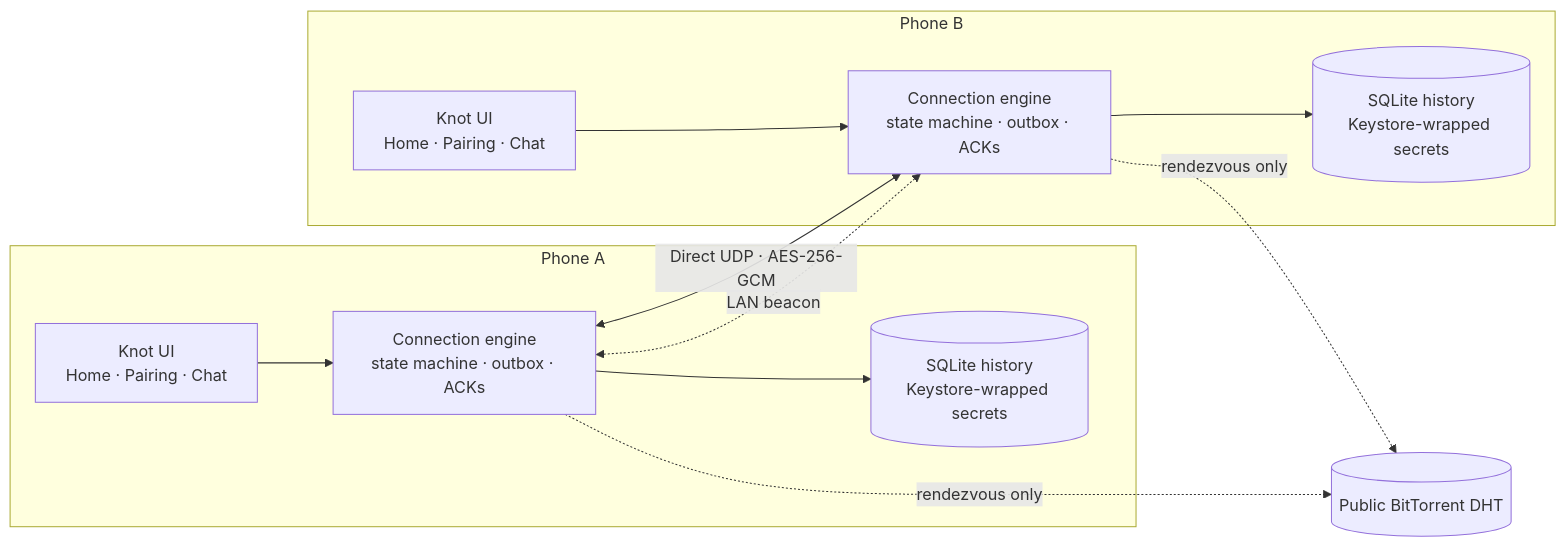
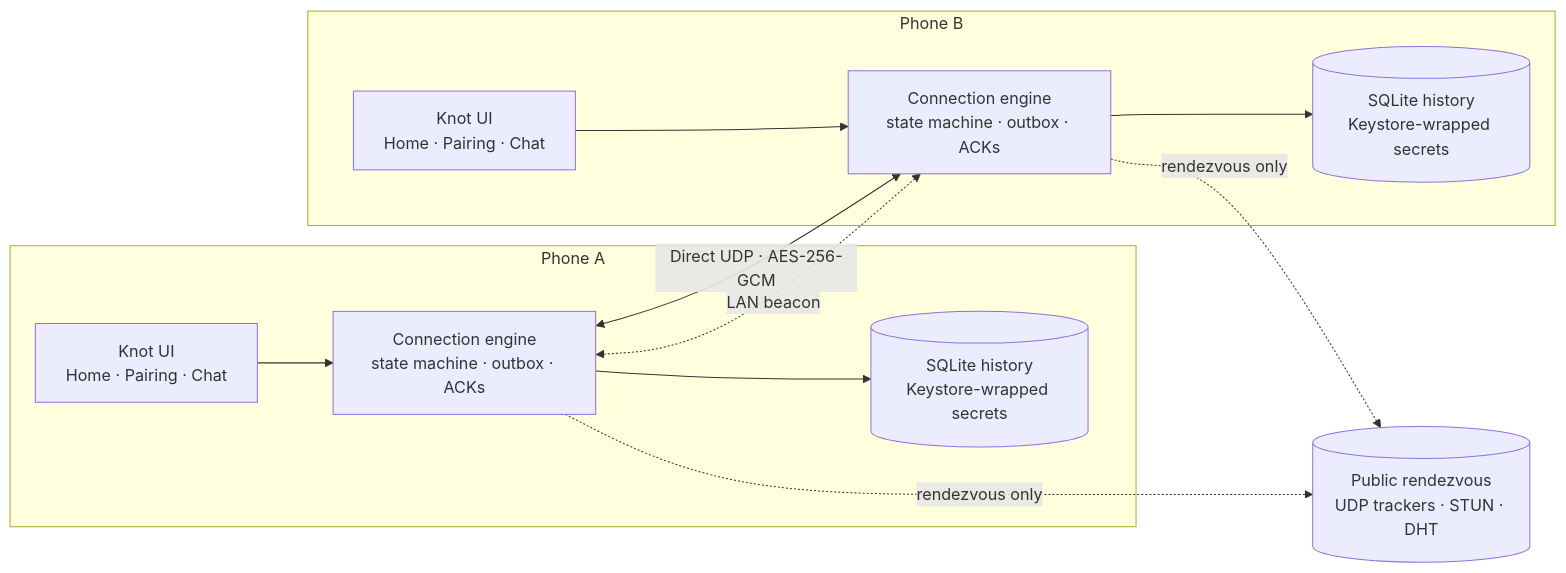
Before and after one commit to farokh-ra/KNOT: the diagram in README.md, drawn with Mermaid. The commit also changed other lines of this file and 18 other files, not shown here.

First line of the commit message:
fix: connect through carrier NAT with tracker and STUN rendezvous

````diff
--- a/README.md
+++ b/README.md
@@ -128,23 +138,23 @@
 ```mermaid
 flowchart LR
     subgraph A["Phone A"]
         AUI["Knot UI<br/>Home · Pairing · Chat"]
         AENG["Connection engine<br/>state machine · outbox · ACKs"]
         ASTORE[("SQLite history<br/>Keystore-wrapped secrets")]
         AUI --> AENG
         AENG --> ASTORE
     end
 
     subgraph B["Phone B"]
         BUI["Knot UI<br/>Home · Pairing · Chat"]
         BENG["Connection engine<br/>state machine · outbox · ACKs"]
         BSTORE[("SQLite history<br/>Keystore-wrapped secrets")]
         BUI --> BENG
         BENG --> BSTORE
     end
 
     AENG <-->|"Direct UDP · AES-256-GCM"| BENG
-    AENG -.->|"rendezvous only"| DHT[("Public BitTorrent DHT")]
+    AENG -.->|"rendezvous only"| DHT[("Public rendezvous<br/>UDP trackers · STUN · DHT")]
     BENG -.->|"rendezvous only"| DHT
     AENG <-.->|"LAN beacon"| BENG
 ```
````
